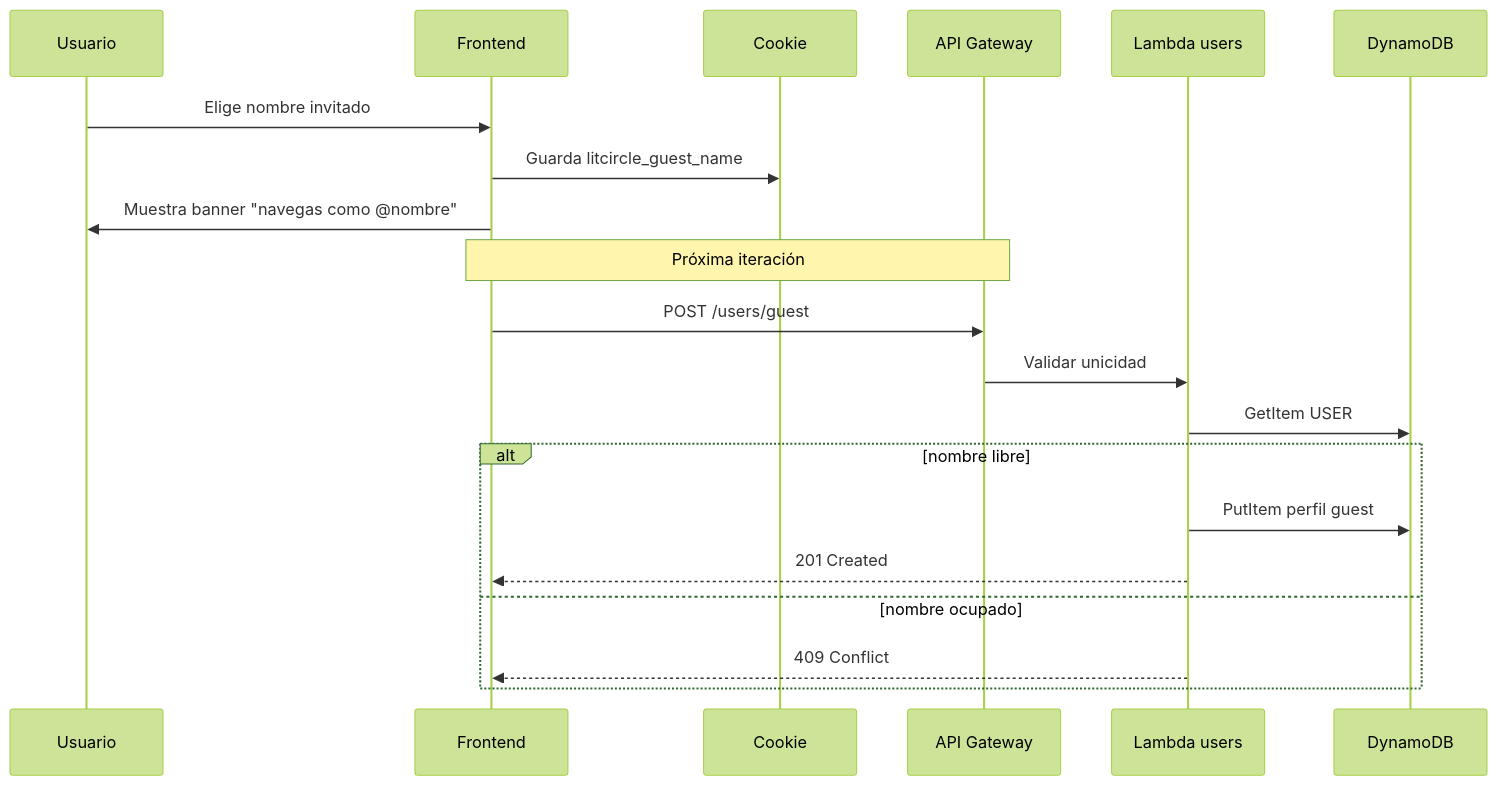
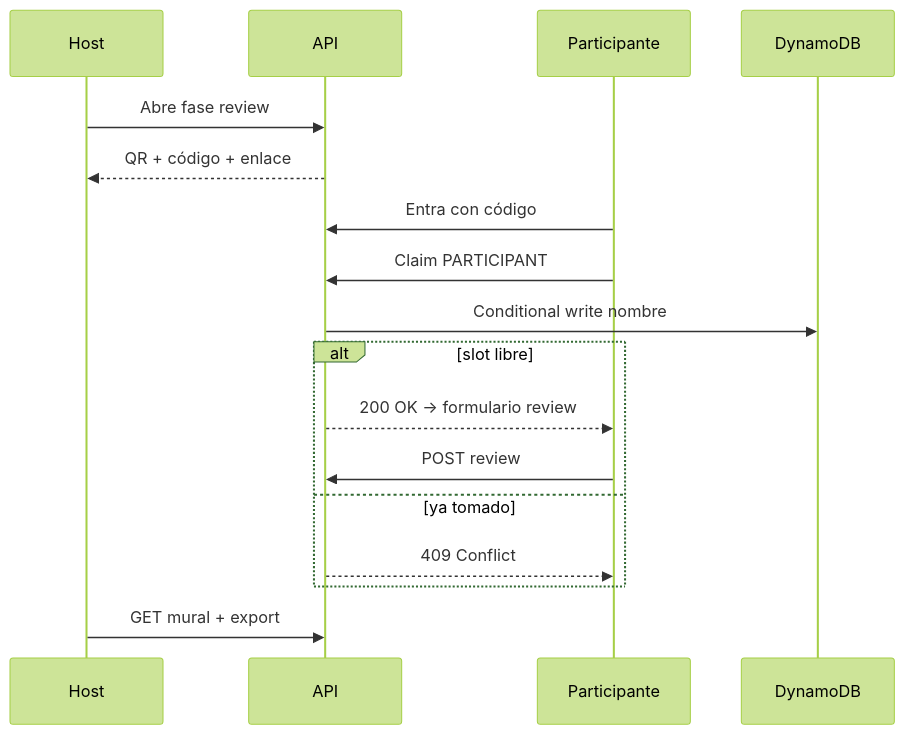
One commit to JosthinAyonC/chapterquest-serverless-app changed the fifth of 6 diagrams in docs/Architecture.md. Above: the diagram before and after it, drawn with Mermaid (forest theme). The commit also changed other lines of this file and 6 other files, not shown here.

Commit message:
docs: update README with detailed product specifications and architecture overview

````diff
--- a/docs/Architecture.md
+++ b/docs/Architecture.md
@@ -104,23 +120,20 @@
 ```mermaid
 sequenceDiagram
-  participant U as Usuario
-  participant FE as Frontend
-  participant C as Cookie
-  participant API as API Gateway
-  participant L as Lambda users
+  participant H as Host
+  participant API as API
+  participant P as Participante
   participant D as DynamoDB
 
-  U->>FE: Elige nombre invitado
-  FE->>C: Guarda litcircle_guest_name
-  FE->>U: Muestra banner "navegas como @nombre"
-  Note over FE,API: Próxima iteración
-  FE->>API: POST /users/guest
-  API->>L: Validar unicidad
-  L->>D: GetItem USER#username
-  alt nombre libre
-    L->>D: PutItem perfil guest
-    L-->>FE: 201 Created
-  else nombre ocupado
-    L-->>FE: 409 Conflict
+  H->>API: Abre fase review
+  API-->>H: QR + código + enlace
+  P->>API: Entra con código
+  P->>API: Claim PARTICIPANT#slot
+  API->>D: Conditional write nombre
+  alt slot libre
+    API-->>P: 200 OK → formulario review
+    P->>API: POST review
+  else ya tomado
+    API-->>P: 409 Conflict
   end
+  H->>API: GET mural + export
 ```
````
